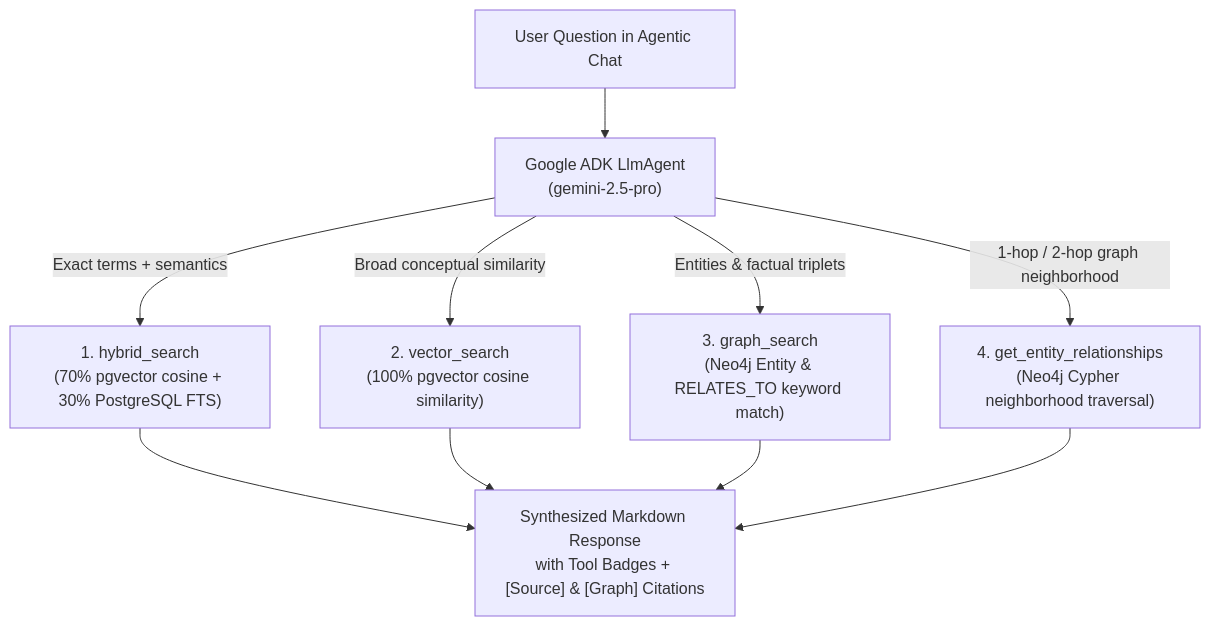
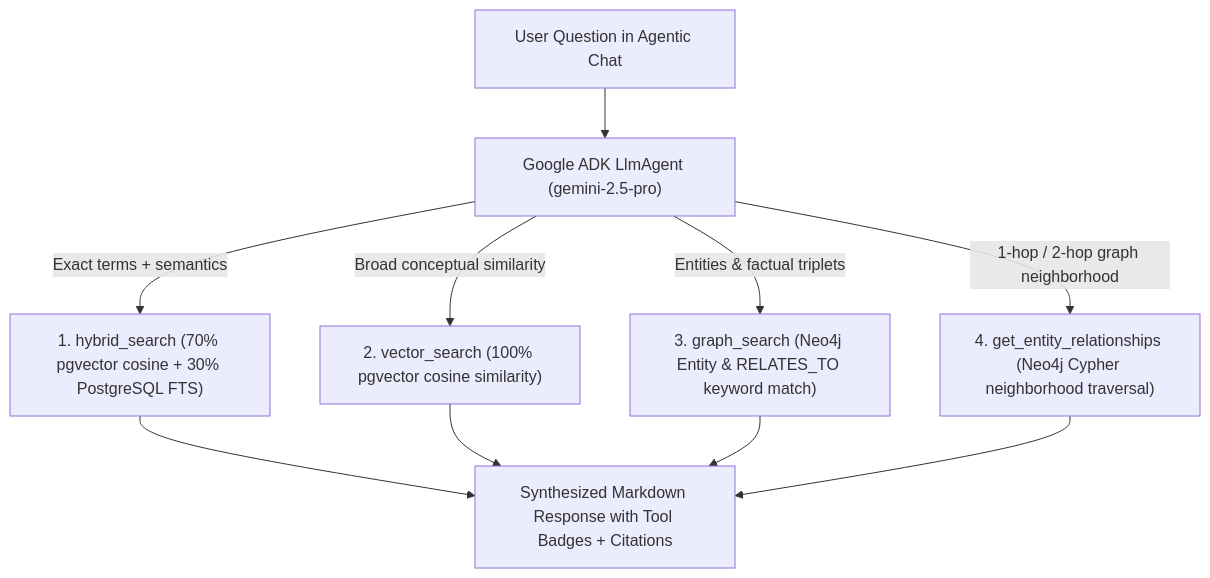
The diagram in docs/CHAT.md (Dronanaik/adk_rag), drawn with Mermaid before and after one commit. The commit also changed 10 other files, not shown here.

````diff
--- a/docs/CHAT.md
+++ b/docs/CHAT.md
@@ -11,12 +11,12 @@
 ```mermaid
 flowchart TD
-    Question["User Question in Agentic Chat"] --> Agent["Google ADK LlmAgent\n(gemini-2.5-pro)"]
-    Agent -->|Exact terms + semantics| T1["1. hybrid_search\n(70% pgvector cosine + 30% PostgreSQL FTS)"]
-    Agent -->|Broad conceptual similarity| T2["2. vector_search\n(100% pgvector cosine similarity)"]
-    Agent -->|Entities & factual triplets| T3["3. graph_search\n(Neo4j Entity & RELATES_TO keyword match)"]
-    Agent -->|1-hop / 2-hop graph neighborhood| T4["4. get_entity_relationships\n(Neo4j Cypher neighborhood traversal)"]
-    T1 --> Synthesis["Synthesized Markdown Response\nwith Tool Badges + [Source] & [Graph] Citations"]
+    Question["User Question in Agentic Chat"] --> Agent["Google ADK LlmAgent (gemini-2.5-pro)"]
+    Agent -->|Exact terms + semantics| T1["1. hybrid_search (70% pgvector cosine + 30% PostgreSQL FTS)"]
+    Agent -->|Broad conceptual similarity| T2["2. vector_search (100% pgvector cosine similarity)"]
+    Agent -->|Entities & factual triplets| T3["3. graph_search (Neo4j Entity & RELATES_TO keyword match)"]
+    Agent -->|1-hop / 2-hop graph neighborhood| T4["4. get_entity_relationships (Neo4j Cypher neighborhood traversal)"]
+    T1 --> Synthesis["Synthesized Markdown Response with Tool Badges + Citations"]
     T2 --> Synthesis
     T3 --> Synthesis
     T4 --> Synthesis
 ```
````
